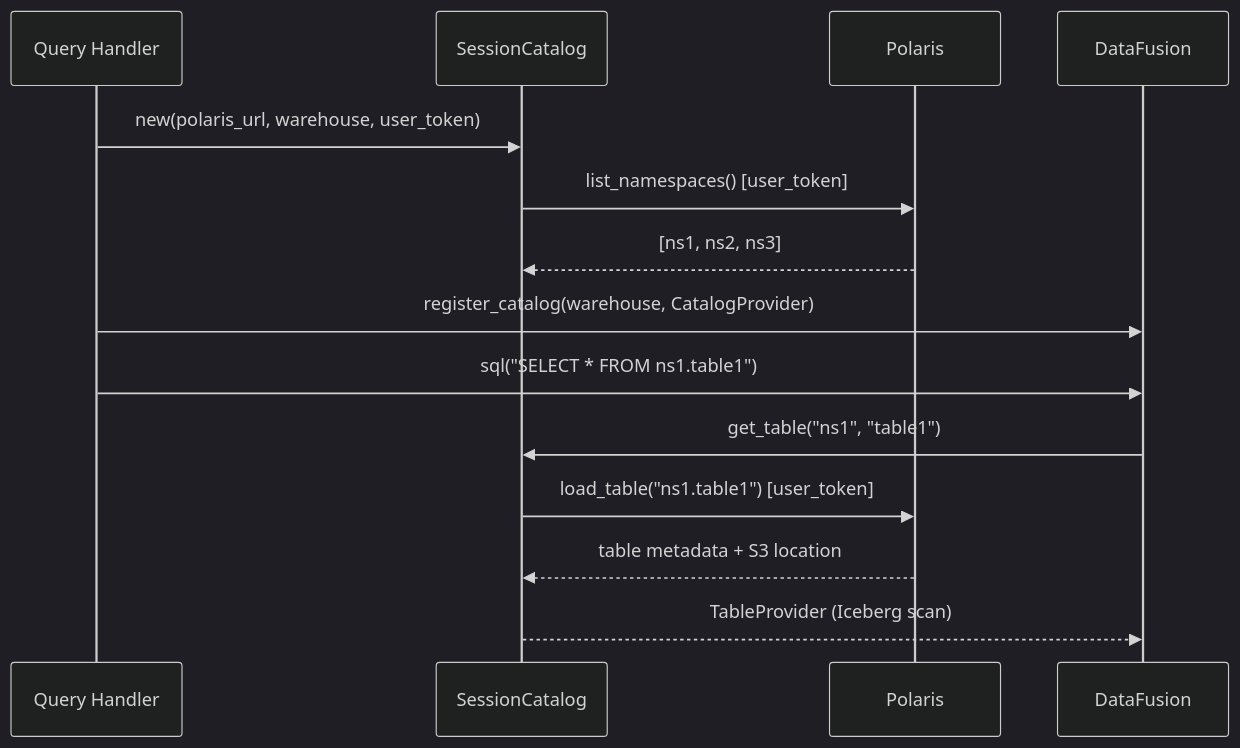
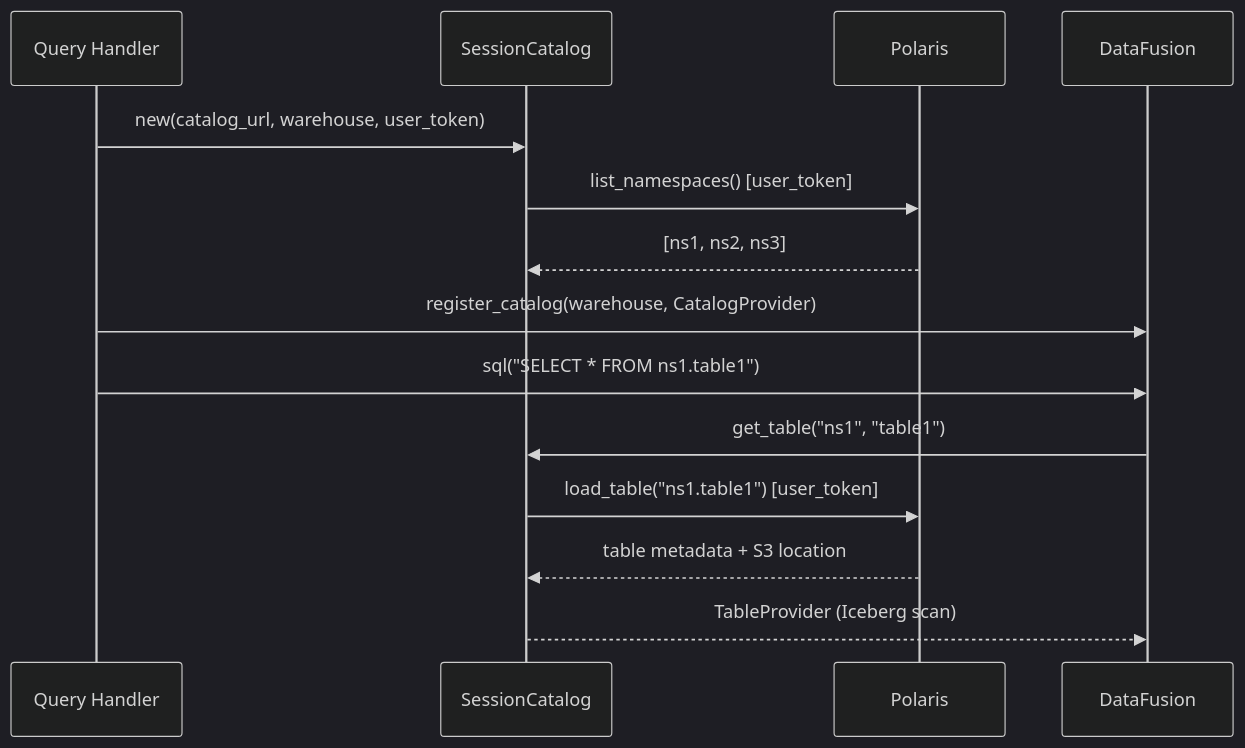
Before and after one commit to schubergphilis/sqe: the second of 2 diagrams in docs/book/src/architecture/coordinator.md, drawn with Mermaid (dark theme). The commit also changed 21 other files, not shown here.

````diff
--- a/docs/book/src/architecture/coordinator.md
+++ b/docs/book/src/architecture/coordinator.md
@@ -54,17 +54,17 @@
 ```mermaid
 sequenceDiagram
     participant QH as Query Handler
     participant SC as SessionCatalog
     participant POL as Polaris
     participant DF as DataFusion
 
-    QH->>SC: new(polaris_url, warehouse, user_token)
+    QH->>SC: new(catalog_url, warehouse, user_token)
     SC->>POL: list_namespaces() [user_token]
     POL-->>SC: [ns1, ns2, ns3]
     QH->>DF: register_catalog(warehouse, CatalogProvider)
     QH->>DF: sql("SELECT * FROM ns1.table1")
     DF->>SC: get_table("ns1", "table1")
     SC->>POL: load_table("ns1.table1") [user_token]
     POL-->>SC: table metadata + S3 location
     SC-->>DF: TableProvider (Iceberg scan)
 ```
````
